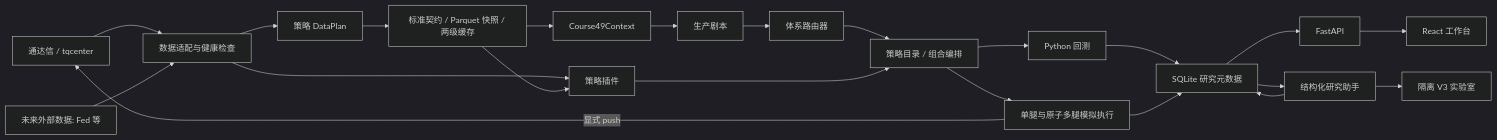
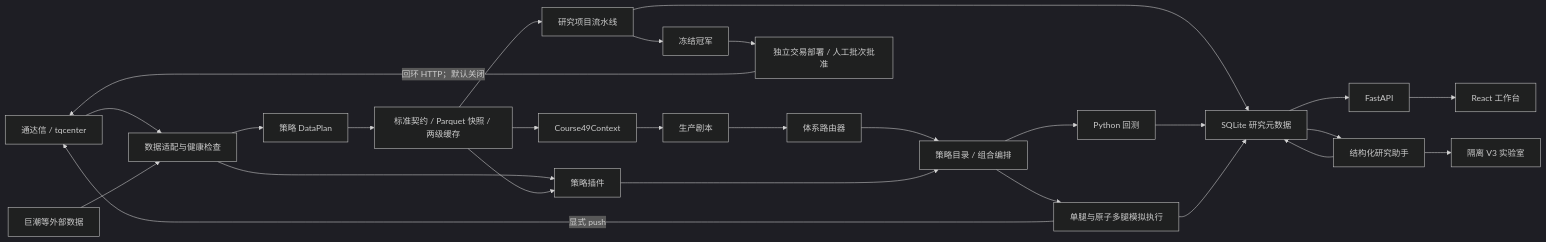
Before and after one commit to xionglei191-goo/stock-win: the diagram in docs/architecture.md, drawn with Mermaid (dark theme). The commit also changed other lines of this file and 307 other files, not shown here.

````diff
--- a/docs/architecture.md
+++ b/docs/architecture.md
@@ -7,24 +7,29 @@
 ```mermaid
 flowchart LR
     TDX["通达信 / tqcenter"] --> ADP["数据适配与健康检查"]
-    EXT["未来外部数据: Fed 等"] --> ADP
+    EXT["巨潮等外部数据"] --> ADP
     ADP --> PLAN["策略 DataPlan"]
     PLAN --> SNAP["标准契约 / Parquet 快照 / 两级缓存"]
     ADP --> STRAT["策略插件"]
     SNAP --> STRAT
     SNAP --> C49["Course49Context"]
     C49 --> PB["生产剧本"]
     PB --> ROUTER["体系路由器"]
     ROUTER --> COMP["策略目录 / 组合编排"]
     STRAT --> COMP
+    SNAP --> RP["研究项目流水线"]
+    RP --> DB
     COMP --> BT["Python 回测"]
     COMP --> PAPER["单腿与原子多腿模拟执行"]
     BT --> DB["SQLite 研究元数据"]
     PAPER --> DB
     DB --> API["FastAPI"]
     DB --> AI["结构化研究助手"]
     AI --> DB
     AI --> LAB["隔离 V3 实验室"]
     API --> WEB["React 工作台"]
     PAPER -->|"显式 push"| TDX
+    RP --> FREEZE["冻结冠军"]
+    FREEZE --> TRADE["独立交易部署 / 人工批次批准"]
+    TRADE -->|"回环 HTTP；默认关闭"| TDX
 ```
````
